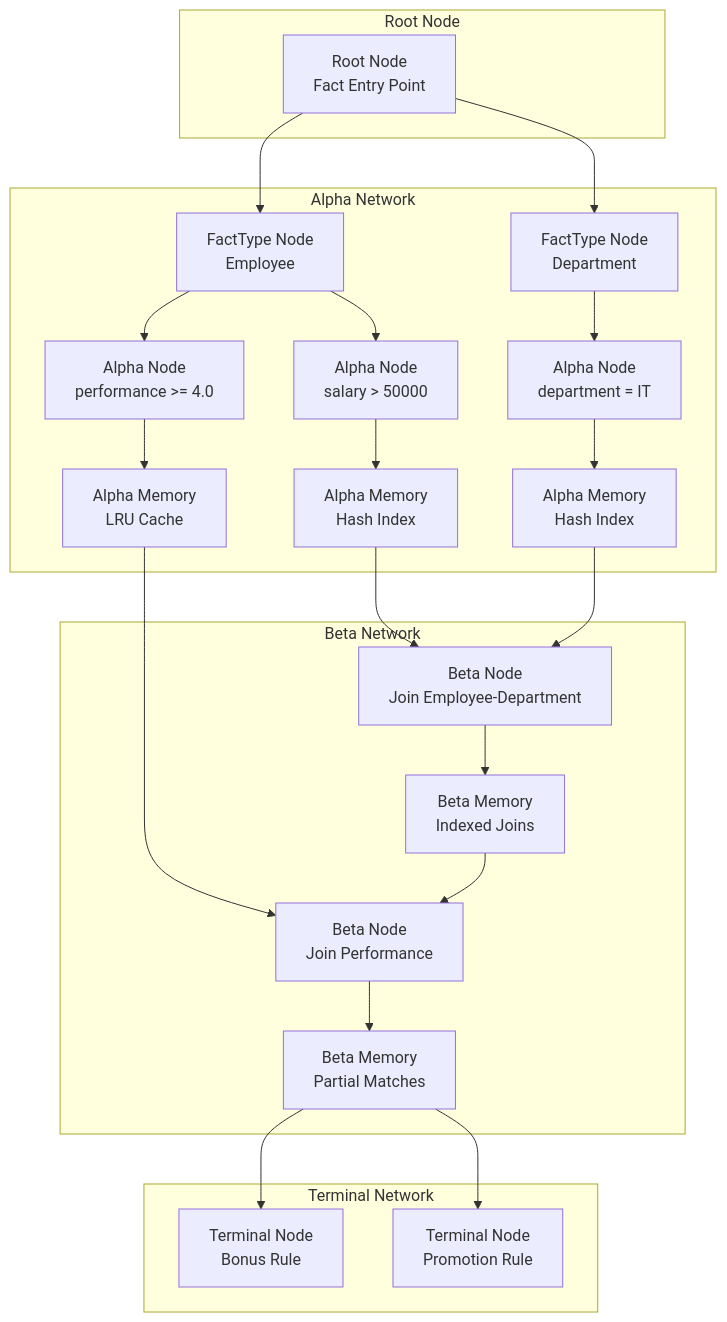
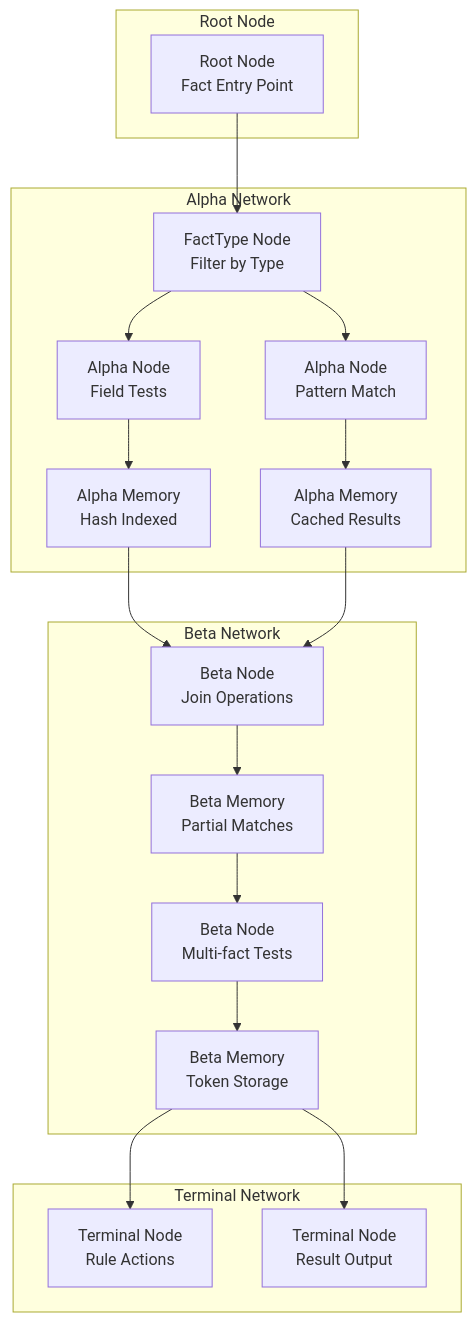
The diagram in specs/rete-algorithm.md (hl/bingo), drawn with Mermaid before and after one commit. The commit also changed other lines of this file and 12 other files, not shown here.

````diff
--- a/specs/rete-algorithm.md
+++ b/specs/rete-algorithm.md
@@ -43,46 +11,39 @@
 ```mermaid
 graph TD
     subgraph "Root Node"
         ROOT[Root Node<br/>Fact Entry Point]
     end
     
     subgraph "Alpha Network"
-        FT1[FactType Node<br/>Employee]
-        FT2[FactType Node<br/>Department]
-        A1[Alpha Node<br/>salary > 50000]
-        A2[Alpha Node<br/>department = IT]
-        A3[Alpha Node<br/>performance >= 4.0]
-        AM1[Alpha Memory<br/>Hash Index]
-        AM2[Alpha Memory<br/>Hash Index]
-        AM3[Alpha Memory<br/>LRU Cache]
+        FT1[FactType Node<br/>Filter by Type]
+        A1[Alpha Node<br/>Field Tests]
+        A2[Alpha Node<br/>Pattern Match]
+        AM1[Alpha Memory<br/>Hash Indexed]
+        AM2[Alpha Memory<br/>Cached Results]
     end
     
     subgraph "Beta Network"
-        B1[Beta Node<br/>Join Employee-Department]
-        B2[Beta Node<br/>Join Performance]
-        BM1[Beta Memory<br/>Indexed Joins]
-        BM2[Beta Memory<br/>Partial Matches]
+        B1[Beta Node<br/>Join Operations]
+        B2[Beta Node<br/>Multi-fact Tests]
+        BM1[Beta Memory<br/>Partial Matches]
+        BM2[Beta Memory<br/>Token Storage]
     end
     
     subgraph "Terminal Network"
-        T1[Terminal Node<br/>Bonus Rule]
-        T2[Terminal Node<br/>Promotion Rule]
+        T1[Terminal Node<br/>Rule Actions]
+        T2[Terminal Node<br/>Result Output]
     end
     
     ROOT --> FT1
-    ROOT --> FT2
     FT1 --> A1
-    FT1 --> A3
-    FT2 --> A2
+    FT1 --> A2
     A1 --> AM1
     A2 --> AM2
-    A3 --> AM3
     AM1 --> B1
     AM2 --> B1
     B1 --> BM1
-    AM3 --> B2
     BM1 --> B2
     B2 --> BM2
     BM2 --> T1
     BM2 --> T2
 ```
````
